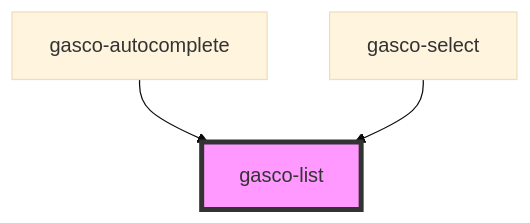
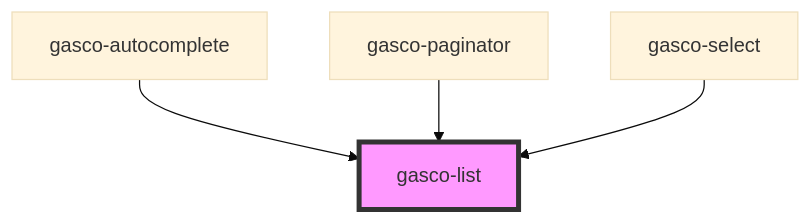
One commit to lac617a/gasco-core changed the diagram in core/src/components/gasco-list/readme.md. Above: the diagram before and after it, drawn with Mermaid (base theme). The commit also changed other lines of this file and 22 other files, not shown here.

````diff
--- a/core/src/components/gasco-list/readme.md
+++ b/core/src/components/gasco-list/readme.md
@@ -24,6 +25,7 @@
 ```mermaid
 graph TD;
   gasco-autocomplete --> gasco-list
+  gasco-paginator --> gasco-list
   gasco-select --> gasco-list
   style gasco-list fill:#f9f,stroke:#333,stroke-width:4px
 ```
````
